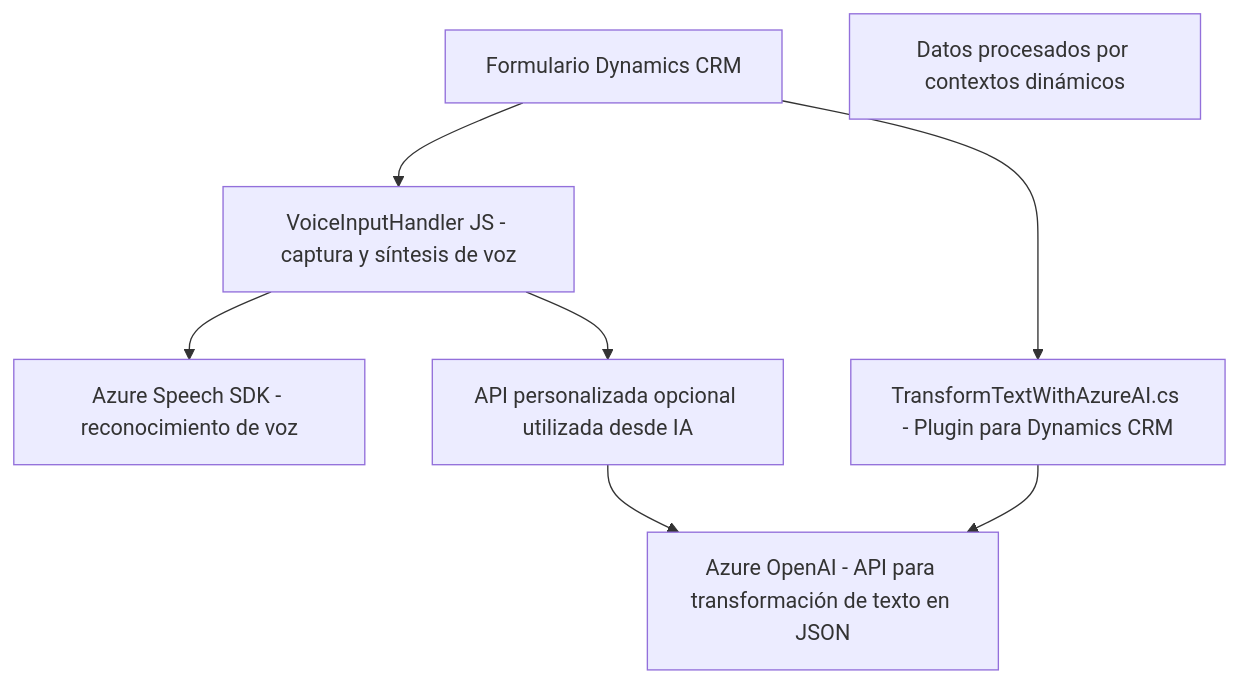
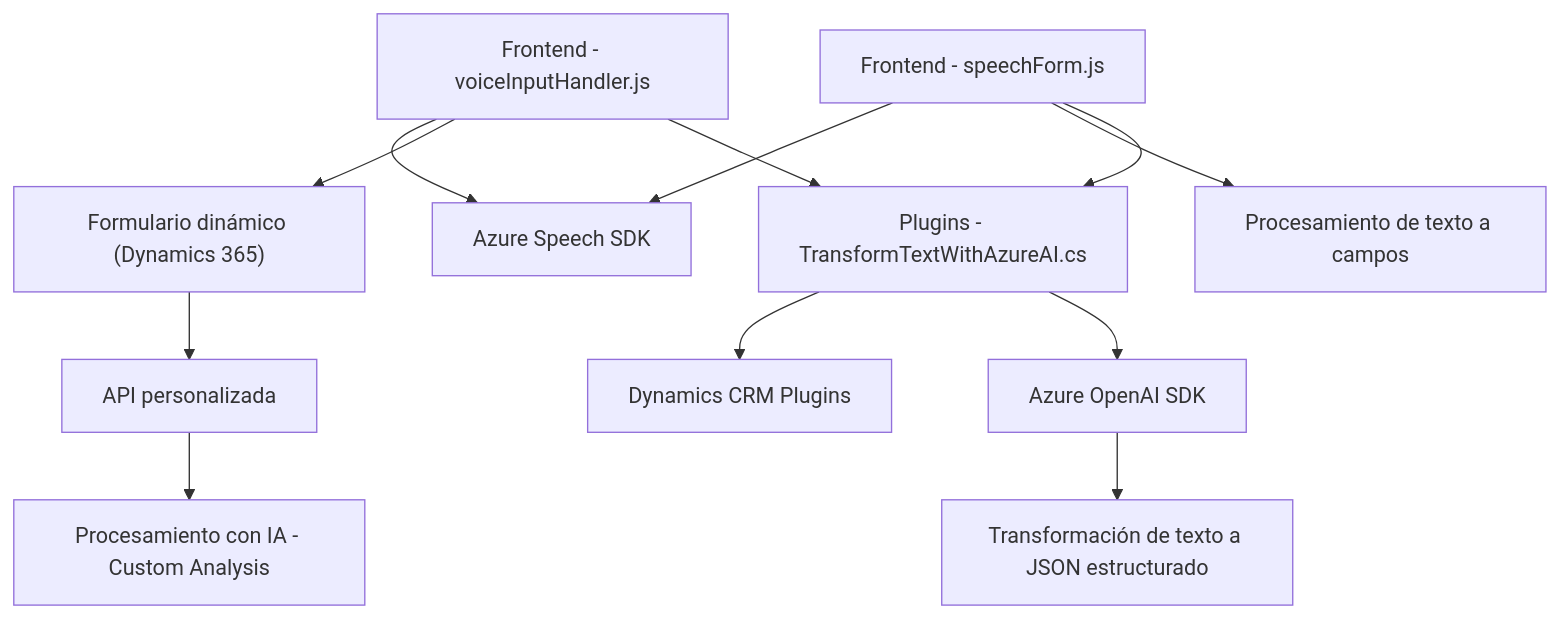
The diagram in README.md (blopezdm/NETCORE_BILBAO2025), drawn with Mermaid before and after one commit. The commit also changed other lines of this file, not shown here.

Commit message:
Actualizar análisis global de la solución con IA

````diff
--- a/README.md
+++ b/README.md
@@ -32,17 +31,17 @@
 ```mermaid
 graph TD
-    A["Formulario Dynamics CRM"]
-    B["VoiceInputHandler JS - captura y síntesis de voz"]
-    C["Datos procesados por contextos dinámicos"]
-    D["Azure Speech SDK - reconocimiento de voz"]
-    E["Azure OpenAI - API para transformación de texto en JSON"]
-    F["TransformTextWithAzureAI.cs - Plugin para Dynamics CRM"]
-    G["API personalizada opcional utilizada desde IA"]
-
-    A --> B
-    A --> F
-    B --> D
-    B --> G
-    F --> E
-    G --> E
+  A["Frontend - voiceInputHandler.js"] --> B["Azure Speech SDK"]
+  A --> C["Formulario dinámico (Dynamics 365)"]
+  C --> D["API personalizada"]
+  D --> E["Procesamiento con IA - Custom Analysis"]
+  
+  F["Frontend - speechForm.js"] --> B
+  F --> G["Procesamiento de texto a campos"]
+  
+  H["Plugins - TransformTextWithAzureAI.cs"] --> I["Dynamics CRM Plugins"]
+  H --> J["Azure OpenAI SDK"]
+  J --> K["Transformación de texto a JSON estructurado"]
+  
+  F --> H
+  A --> H
 ```
````
